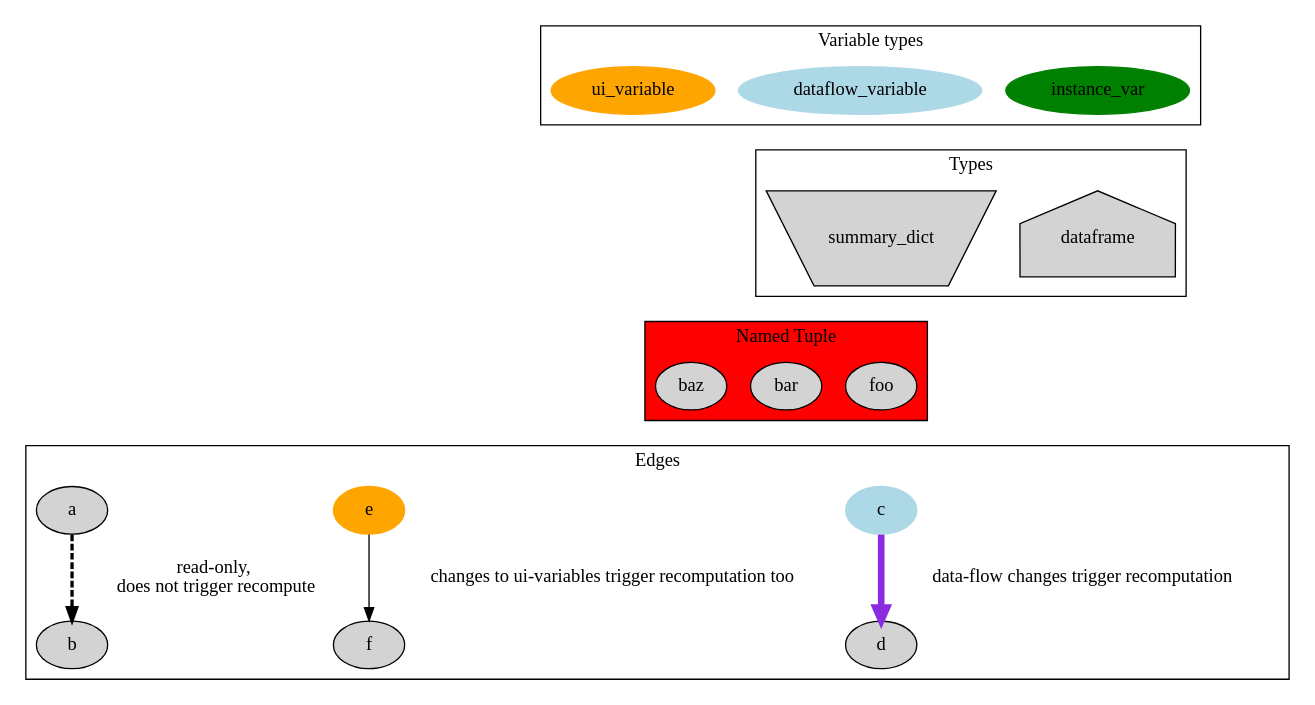
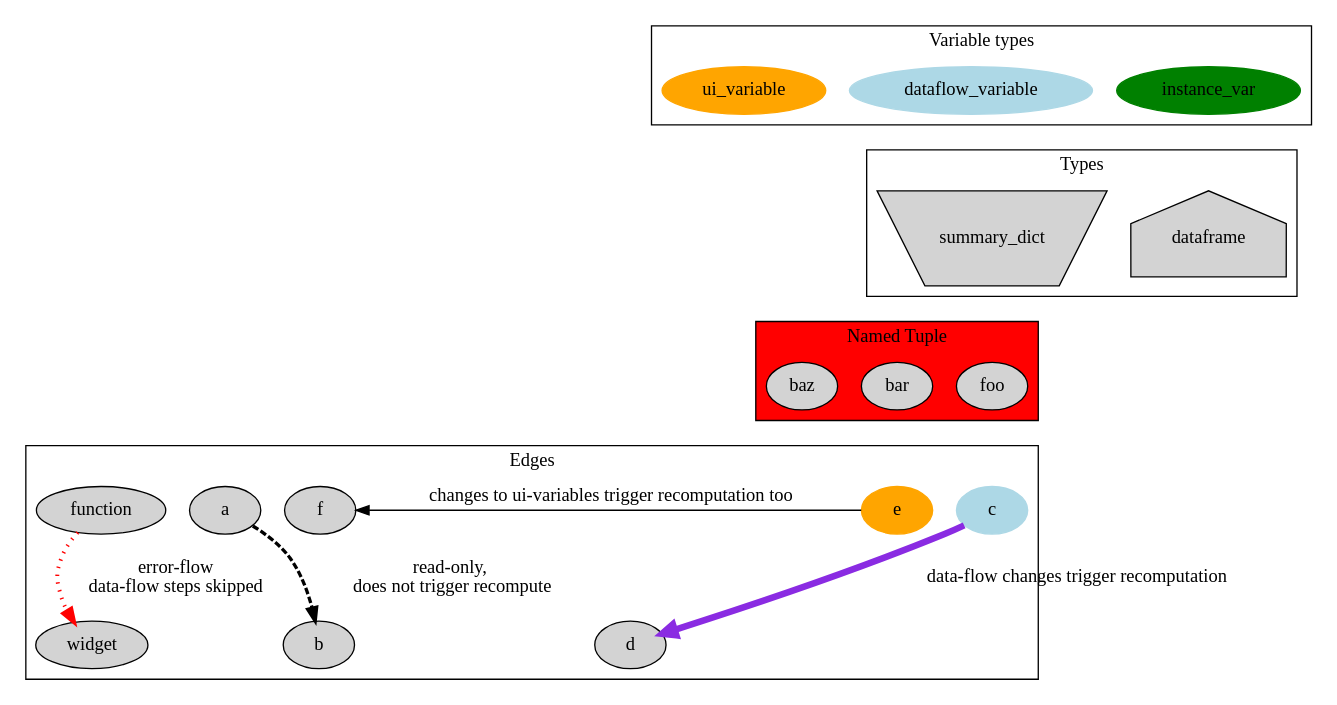
Before and after one commit to paddymul/buckaroo: the diagram in docs/source/articles/glossary.dot, drawn with Graphviz. The commit also changed other lines of this file and 1 other file, not shown here.

Commit message:
dataflow graph, with errors updated glossary

```diff
--- a/docs/source/articles/glossary.dot
+++ b/docs/source/articles/glossary.dot
@@ -1,52 +1,56 @@
 digraph g {
     compound=true;
 	ratio = fill;
 	k=.8
 	node [style=filled];
 	
 subgraph cluster_variables {
     label="Variable types";
     instance_var [color="green";]
     dataflow_variable [color="lightblue"]
     ui_variable [color="orange"];
     }
     instance_var -> dataframe [fconstraint=false style="invis" weight=10]
 
 
 subgraph cluster_types {
     label="Types";
     dataframe [shape="house" height=1 width=.5];
     summary_dict [shape="invtrapezium" height=1 width=.5];
 }
 
 summary_dict -> foo [fconstraint=false  style="invis"]
 
 subgraph cluster_blah {
     label="Named Tuple";
     fillcolor="red";
     style=filled;
     foo 
     bar
     baz 
     }
 
 	foo -> c [ style="invis"]
 
 
 subgraph cluster_edges {
     landscape=true
     packmode=10
     label="Edges";
     c -> d  [penwidth = 5;     color="blueviolet";
         label="  data-flow changes trigger recomputation" ];
 
-    e -> f [ fconstraint=false 
+    e -> f [ constraint=false 
         label="  changes to ui-variables trigger recomputation too" ]
 
-    a -> b  [ style="dashed" penwidth=2.5
+    a -> b  [ style="dashed" penwidth=2.5 weight=10
         label="  read-only,\n   does not trigger recompute"];
+
+    function -> widget [
+                         style="dotted" penwidth=3 color="red" 
+			 label="error-flow \n data-flow steps skipped" ]
     e [color="orange"];
     c [color="lightblue"]
     }
 
 }
```
